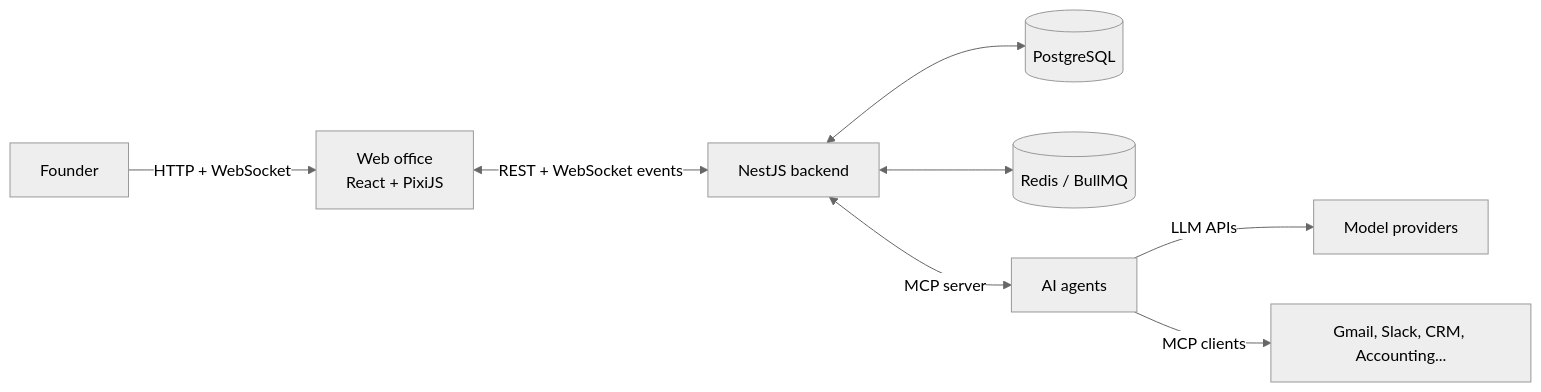
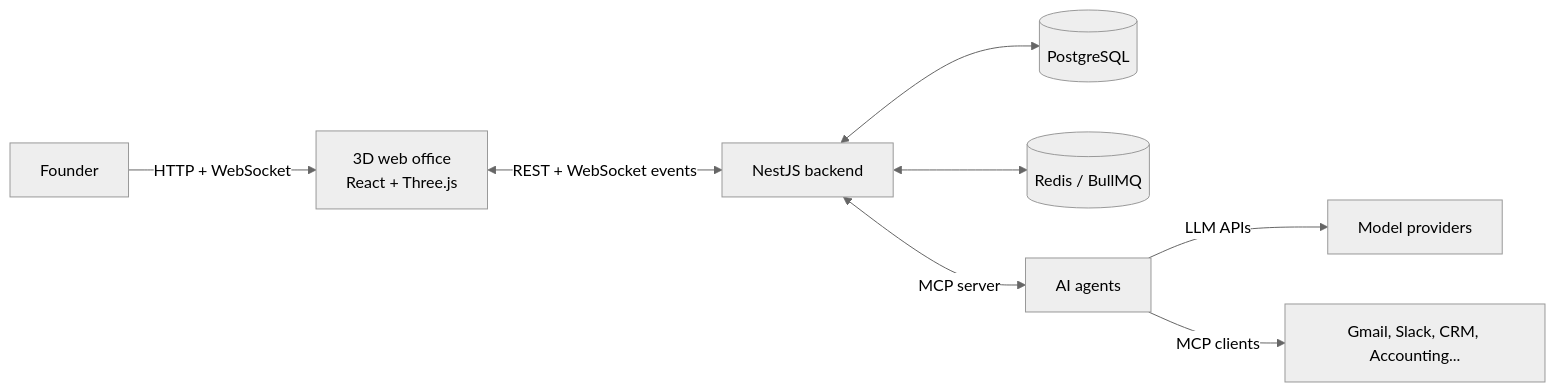
One commit to wenhao-mui/aipetcompany changed the diagram in README.md. Above: the diagram before and after it, drawn with Mermaid (neutral theme). The commit also changed other lines of this file and 29 other files, not shown here.

````diff
--- a/README.md
+++ b/README.md
@@ -28,10 +28,10 @@
 ```mermaid
 flowchart LR
-  F[Founder] -->|HTTP + WebSocket| WEB[Web office<br/>React + PixiJS]
+  F[Founder] -->|HTTP + WebSocket| WEB[3D web office<br/>React + Three.js]
   WEB <-->|REST + WebSocket events| API[NestJS backend]
   API <--> DB[(PostgreSQL)]
   API <--> Q[(Redis / BullMQ)]
   API <-->|MCP server| AG[AI agents]
   AG -->|LLM APIs| LLM[Model providers]
   AG -->|MCP clients| TOOLS[Gmail, Slack, CRM, Accounting...]
 ```
````
